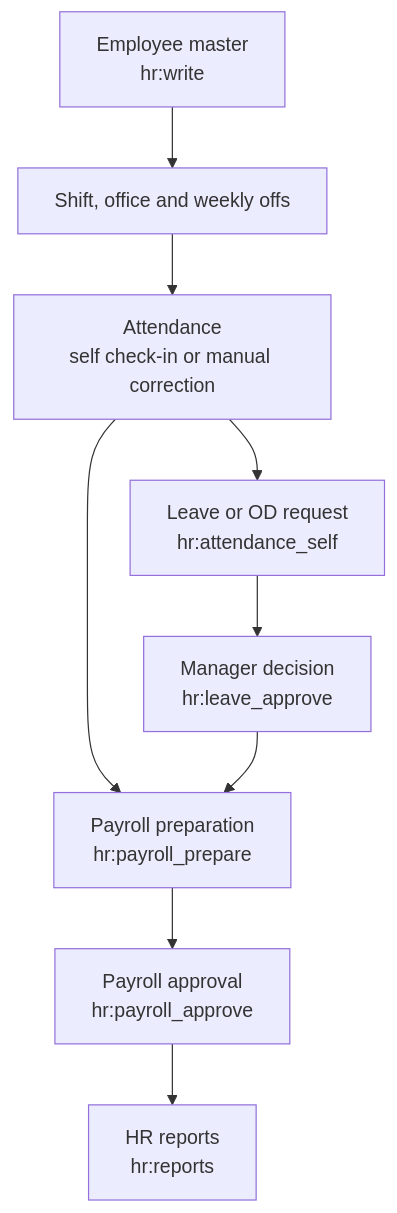
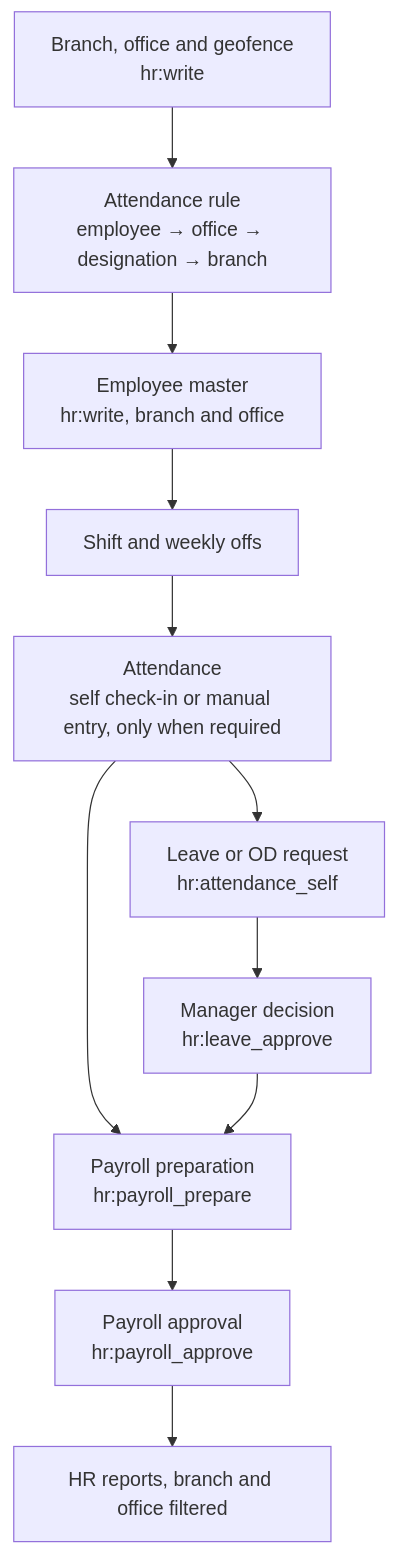
The third of 3 diagrams in docs/user-manual/README.md (Amit-2013/herbanova), drawn with Mermaid before and after one commit. The commit also changed other lines of this file and 2 other files, not shown here.

First line of the commit message:
Write user-manual chapters 19 and 20

````diff
--- a/docs/user-manual/README.md
+++ b/docs/user-manual/README.md
@@ -133,11 +135,13 @@
 ```mermaid
 flowchart TD
-    E["Employee master<br/>hr:write"] --> S["Shift, office and weekly offs"]
-    S --> A["Attendance<br/>self check-in or manual correction"]
+    B["Branch, office and geofence<br/>hr:write"] --> R["Attendance rule<br/>employee → office → designation → branch"]
+    R --> E["Employee master<br/>hr:write, branch and office"]
+    E --> S["Shift and weekly offs"]
+    S --> A["Attendance<br/>self check-in or manual entry, only when required"]
     A --> L["Leave or OD request<br/>hr:attendance_self"]
     L --> M["Manager decision<br/>hr:leave_approve"]
     A --> P["Payroll preparation<br/>hr:payroll_prepare"]
     M --> P
     P --> F["Payroll approval<br/>hr:payroll_approve"]
-    F --> R["HR reports<br/>hr:reports"]
+    F --> X["HR reports, branch and office filtered"]
 ```
````
